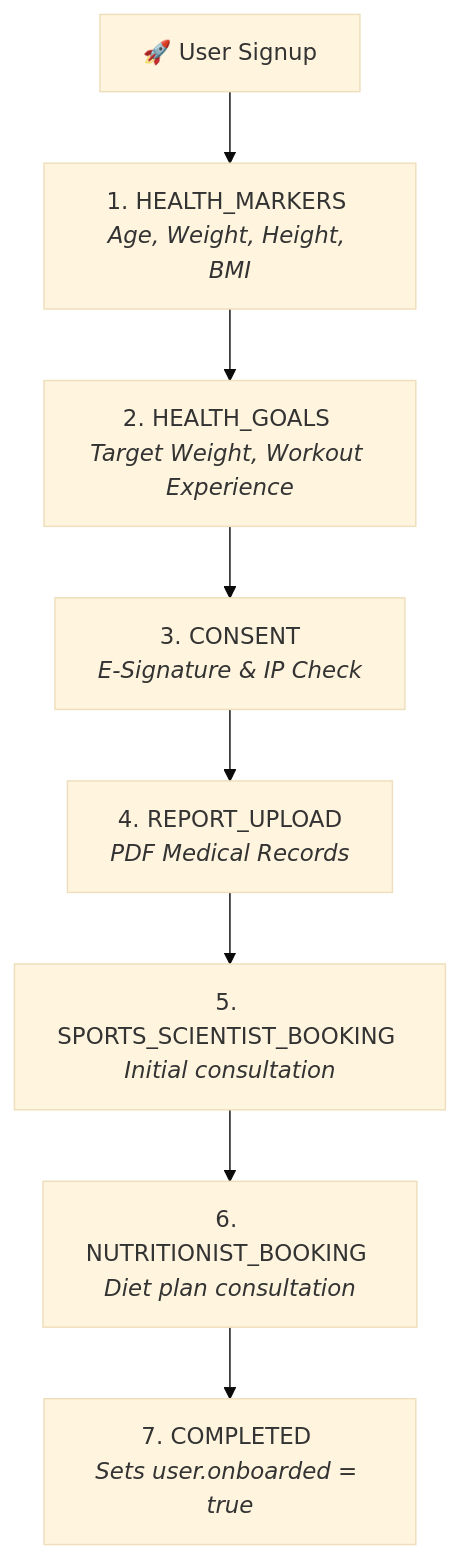
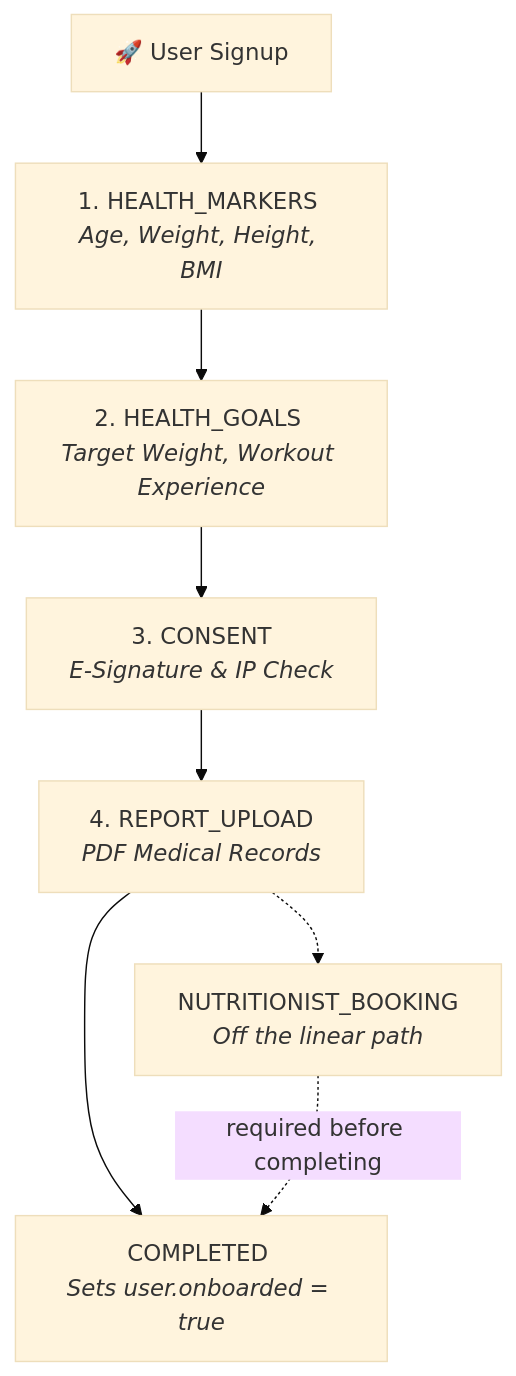
One commit to Emporio-Labs/FITFLIX_BACKEND changed the diagram in README.md. Above: the diagram before and after it, drawn with Mermaid (base theme). The commit also changed other lines of this file and 4 other files, not shown here.

````diff
--- a/README.md
+++ b/README.md
@@ -54,10 +54,10 @@
 ```mermaid
 graph TD
     A[🚀 User Signup] --> B[1. HEALTH_MARKERS <br><i>Age, Weight, Height, BMI</i>]
     B --> C[2. HEALTH_GOALS <br><i>Target Weight, Workout Experience</i>]
     C --> D[3. CONSENT <br><i>E-Signature & IP Check</i>]
     D --> E[4. REPORT_UPLOAD <br><i>PDF Medical Records</i>]
-    E --> F[5. SPORTS_SCIENTIST_BOOKING <br><i>Initial consultation</i>]
-    F --> G[6. NUTRITIONIST_BOOKING <br><i>Diet plan consultation</i>]
-    G --> H[7. COMPLETED <br><i>Sets user.onboarded = true</i>]
+    E --> H[COMPLETED <br><i>Sets user.onboarded = true</i>]
+    E -.-> N[NUTRITIONIST_BOOKING <br><i>Off the linear path</i>]
+    N -.->|required before completing| H
 ```
````
